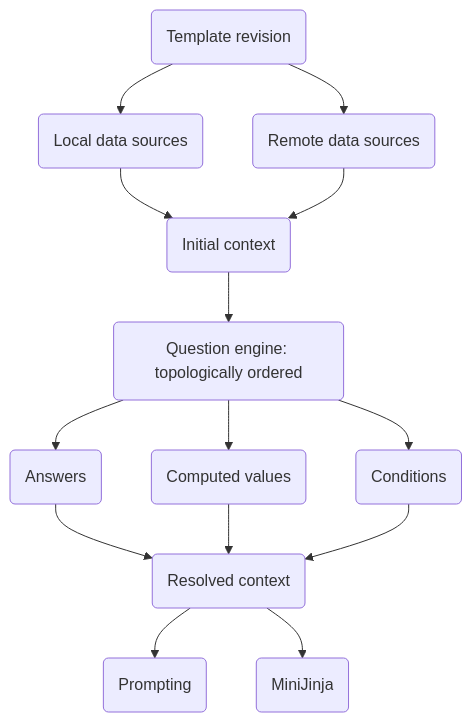
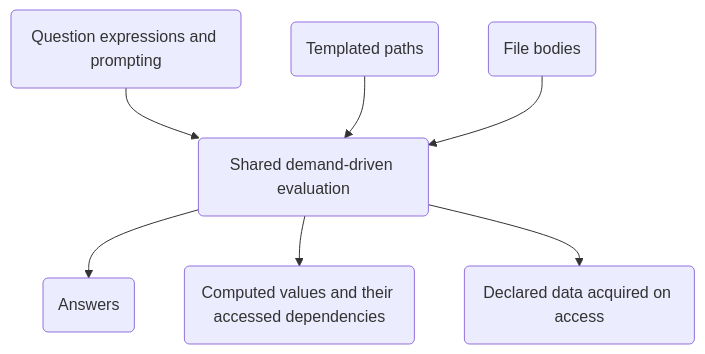
One commit to noirbizarre/git-tpl changed the second of 2 diagrams in docs/templates/context.md. Above: the diagram before and after it, drawn with Mermaid. The commit also changed other lines of this file, not shown here.

Commit message:
docs(context): describe shared demand-driven evaluation

````diff
--- a/docs/templates/context.md
+++ b/docs/templates/context.md
@@ -66,18 +66,11 @@
 ```mermaid
 flowchart TD
     accTitle: One context for prompting and rendering
-    accDescr: The question engine resolves values in dependency order; prompting and MiniJinja share the same context.
-    revision("Template revision") --> local("Local data sources")
-    revision --> remote("Remote data sources")
-    local --> initial("Initial context")
-    remote --> initial
-    initial --> engine("Question engine: topologically ordered")
-    engine --> answers("Answers")
-    engine --> computed("Computed values")
-    engine --> conditions("Conditions")
-    answers --> context("Resolved context")
-    computed --> context
-    conditions --> context
-    context --> prompting("Prompting")
-    context --> rendering("MiniJinja")
+    accDescr: Questions, paths and file bodies demand values through one shared evaluation session.
+    questions("Question expressions and prompting") --> session("Shared demand-driven evaluation")
+    paths("Templated paths") --> session
+    bodies("File bodies") --> session
+    session --> answers("Answers")
+    session --> computed("Computed values and their accessed dependencies")
+    session --> data("Declared data acquired on access")
 ```
````
